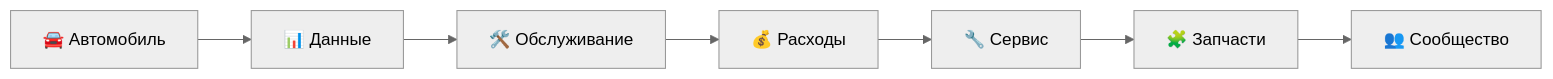
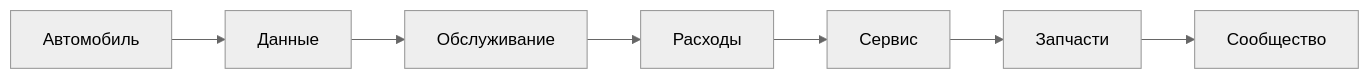
One commit to Yn1ro/pocket-garage changed the second of 5 diagrams in docs/ru/product/vision.md. Above: the diagram before and after it, drawn with Mermaid (neutral theme). The commit also changed other lines of this file, not shown here.

````diff
--- a/docs/ru/product/vision.md
+++ b/docs/ru/product/vision.md
@@ -29,10 +29,10 @@
 ```mermaid
 graph LR
-    A[🚘 Автомобиль] --> B[📊 Данные]
-    B --> C[🛠️ Обслуживание]
-    C --> D[💰 Расходы]
-    D --> E[🔧 Сервис]
-    E --> F[🧩 Запчасти]
-    F --> G[👥 Сообщество]
+    A[ Автомобиль] --> B[ Данные]
+    B --> C[ Обслуживание]
+    C --> D[ Расходы]
+    D --> E[ Сервис]
+    E --> F[ Запчасти]
+    F --> G[ Сообщество]
 
 ```
````
